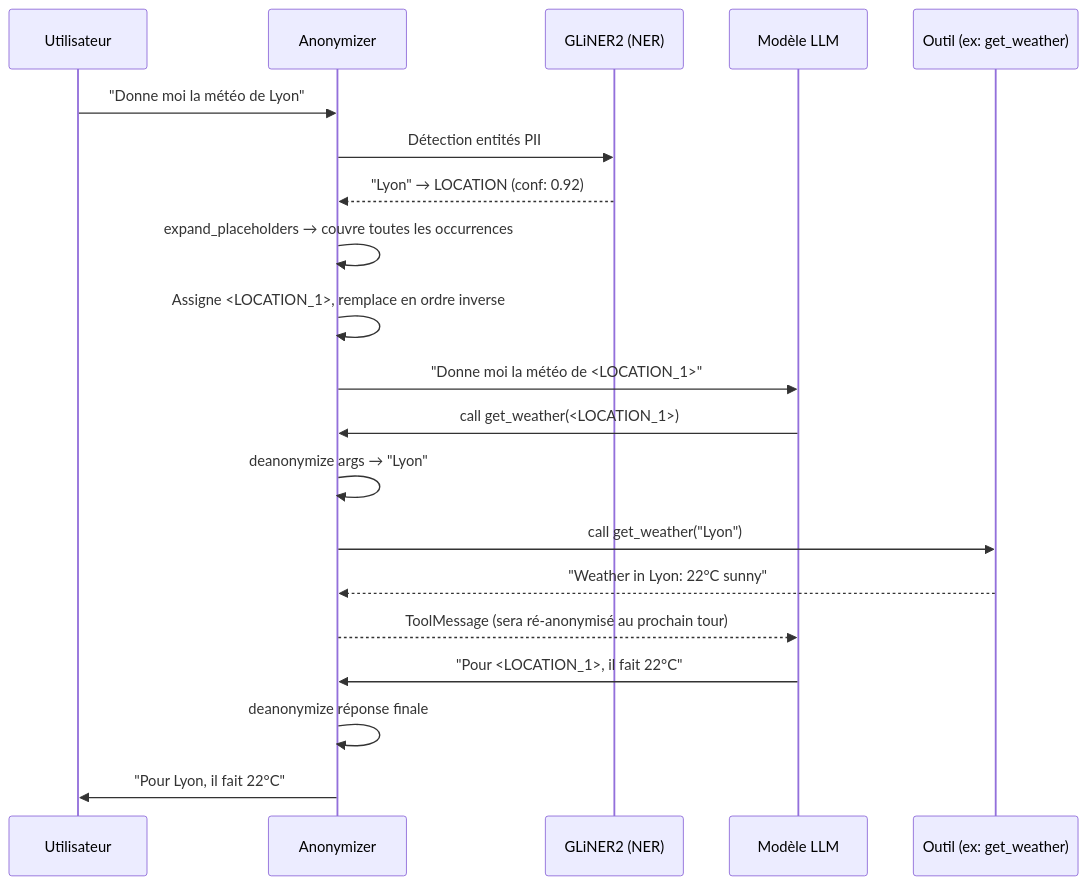
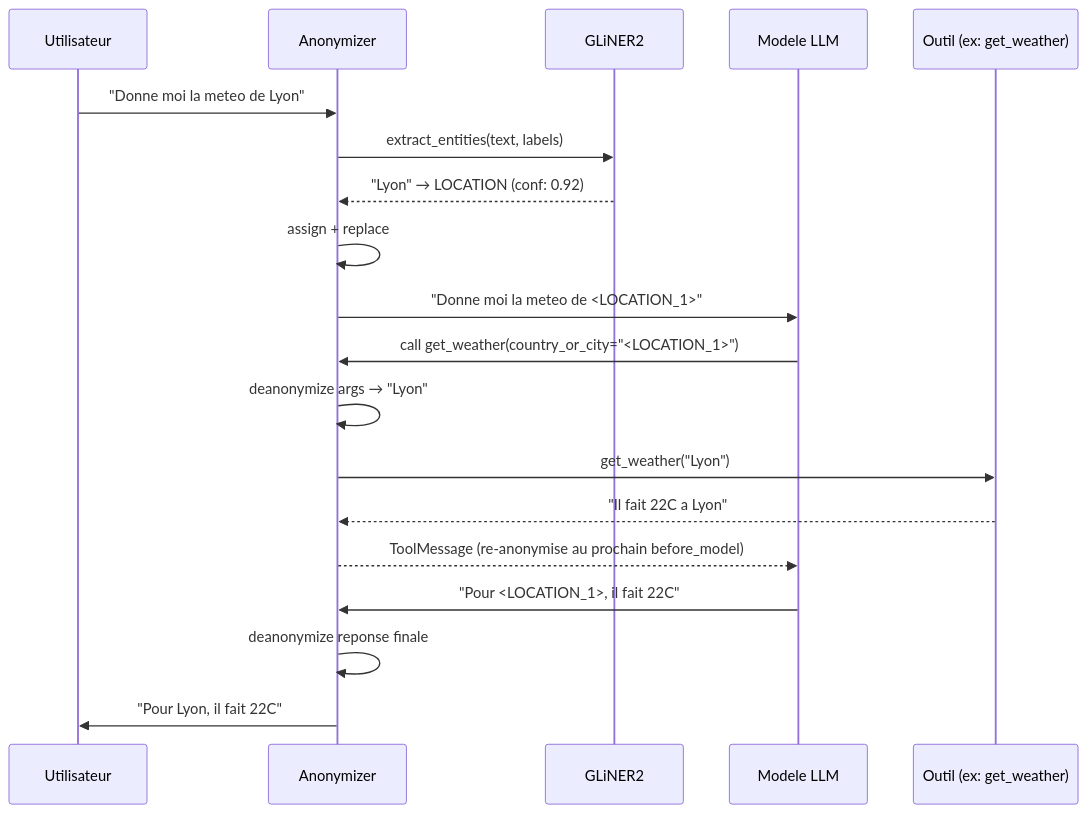
One commit to Athroniaeth/piighost changed the first of 2 diagrams in docs/architecture.md. Above: the diagram before and after it, drawn with Mermaid. The commit also changed other lines of this file and 11 other files, not shown here.

````diff
--- a/docs/architecture.md
+++ b/docs/architecture.md
@@ -13,25 +225,24 @@
 ```mermaid
 sequenceDiagram
     participant U as Utilisateur
     participant A as Anonymizer
-    participant NER as GLiNER2 (NER)
-    participant LLM as Modèle LLM
-    participant Tool as Outil (ex: get_weather)
+    participant NER as GLiNER2
+    participant LLM as Modele LLM
+    participant T as Outil (ex: get_weather)
 
-    U->>A: "Donne moi la météo de Lyon"
-    A->>NER: Détection entités PII
+    U->>A: "Donne moi la meteo de Lyon"
+    A->>NER: extract_entities(text, labels)
     NER-->>A: "Lyon" → LOCATION (conf: 0.92)
-    A->>A: expand_placeholders → couvre toutes les occurrences
-    A->>A: Assigne <LOCATION_1>, remplace en ordre inverse
-    A->>LLM: "Donne moi la météo de <LOCATION_1>"
+    A->>A: assign + replace
+    A->>LLM: "Donne moi la meteo de <LOCATION_1>"
 
-    LLM->>A: call get_weather(<LOCATION_1>)
+    LLM->>A: call get_weather(country_or_city="<LOCATION_1>")
     A->>A: deanonymize args → "Lyon"
-    A->>Tool: call get_weather("Lyon")
-    Tool-->>A: "Weather in Lyon: 22°C sunny"
-    A-->>LLM: ToolMessage (sera ré-anonymisé au prochain tour)
+    A->>T: get_weather("Lyon")
+    T-->>A: "Il fait 22C a Lyon"
+    A-->>LLM: ToolMessage (re-anonymise au prochain before_model)
 
-    LLM->>A: "Pour <LOCATION_1>, il fait 22°C"
-    A->>A: deanonymize réponse finale
-    A->>U: "Pour Lyon, il fait 22°C"
+    LLM->>A: "Pour <LOCATION_1>, il fait 22C"
+    A->>A: deanonymize reponse finale
+    A->>U: "Pour Lyon, il fait 22C"
 ```
````
